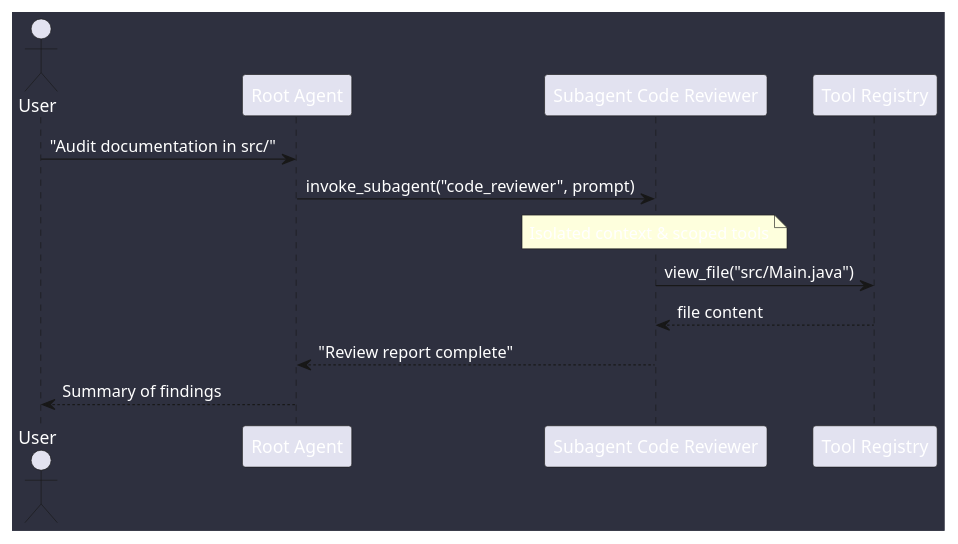
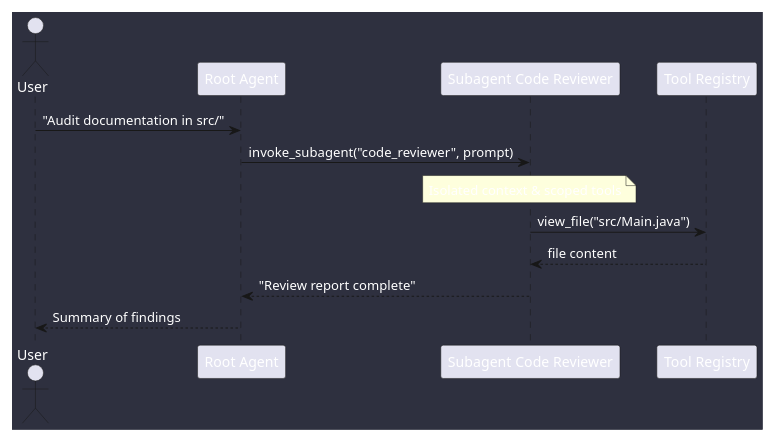
The third of 4 diagrams in doc/docs/reports/antigravity_sdk_analysis.md (mlecabellec/omniwrench), drawn with PlantUML before and after one commit. The commit also changed other lines of this file and 4 other files, not shown here.

Commit message:
[WIP] Harden Omniwrench APT, add Gitea-first mkdocs-kit clone, switch to gitea-upload-artifact@v4, and constrain PlantUML widths (RUN_WORKFLOW)

````diff
--- a/doc/docs/reports/antigravity_sdk_analysis.md
+++ b/doc/docs/reports/antigravity_sdk_analysis.md
@@ -218,19 +220,20 @@
 ```plantuml
 @startuml
+scale max 600 width
 skinparam backgroundColor #2e303f
 skinparam defaultFontColor #ffffff
 
 actor User
 participant "Root Agent" as Root
 participant "Subagent Code Reviewer" as Sub
 participant "Tool Registry" as Tools
 
 User -> Root: "Audit documentation in src/"
 Root -> Sub: invoke_subagent("code_reviewer", prompt)
 note over Sub: Isolated context & scoped tools
 Sub -> Tools: view_file("src/Main.java")
 Tools --> Sub: file content
 Sub --> Root: "Review report complete"
 Root --> User: Summary of findings
 @enduml
 ```
````
